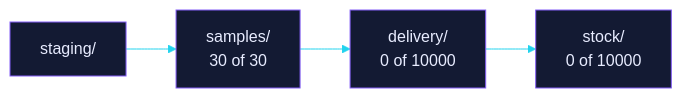
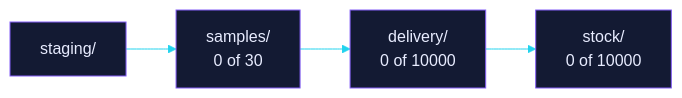
The second of 2 diagrams in README.md (EtharaOrion/aello-samples), drawn with Mermaid before and after one commit. The commit also changed other lines of this file and 646 other files, not shown here.

````diff
--- a/README.md
+++ b/README.md
@@ -142,8 +59,8 @@
 ```mermaid
 %%{init: {"theme":"base","themeVariables":{"primaryColor":"#131a33","primaryTextColor":"#e8ecff","primaryBorderColor":"#845EF7","lineColor":"#22d3ee","fontFamily":"monospace"}}}%%
 flowchart LR
     staging["staging/"]
-    staging --> samples["samples/<br/>30 of 30"]
+    staging --> samples["samples/<br/>0 of 30"]
     samples --> delivery["delivery/<br/>0 of 10000"]
     delivery --> stock["stock/<br/>0 of 10000"]
 ```
````
